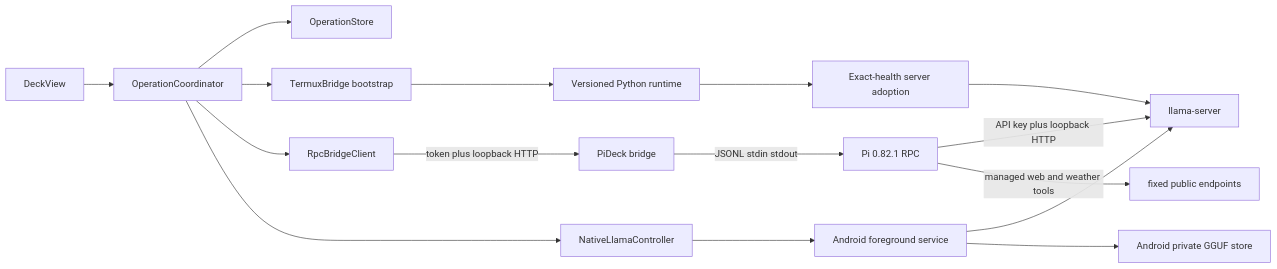
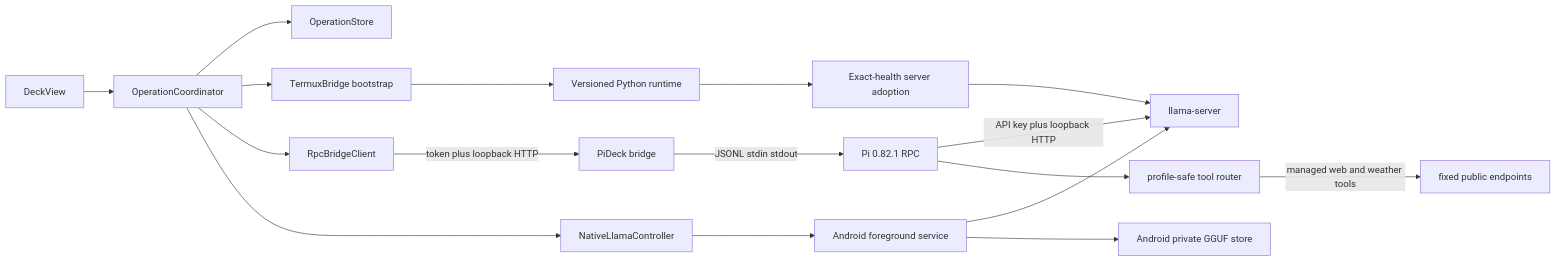
The diagram in docs/architecture.md (tigrohvost/pi-deck), drawn with Mermaid before and after one commit. The commit also changed other lines of this file and 28 other files, not shown here.

````diff
--- a/docs/architecture.md
+++ b/docs/architecture.md
@@ -5,18 +5,19 @@
 ```mermaid
 flowchart LR
   UI[DeckView] --> OC[OperationCoordinator]
   OC --> OS[OperationStore]
   OC --> TC[TermuxBridge bootstrap]
   OC --> RC[RpcBridgeClient]
   OC --> NC[NativeLlamaController]
   NC --> NS[Android foreground service]
   NS --> LS[llama-server b10092]
   NS --> MS[Android private GGUF store]
   TC --> RT[Versioned Python runtime]
   RC -->|token plus loopback HTTP| BR[PiDeck bridge]
   BR -->|JSONL stdin stdout| PI[Pi 0.82.1 RPC]
   PI -->|API key plus loopback HTTP| LS[llama-server]
-  PI -->|managed web and weather tools| WEB[fixed public endpoints]
+  PI --> TR[profile-safe tool router]
+  TR -->|managed web and weather tools| WEB[fixed public endpoints]
   RT --> AD[Exact-health server adoption]
   AD --> LS
 ```
````
